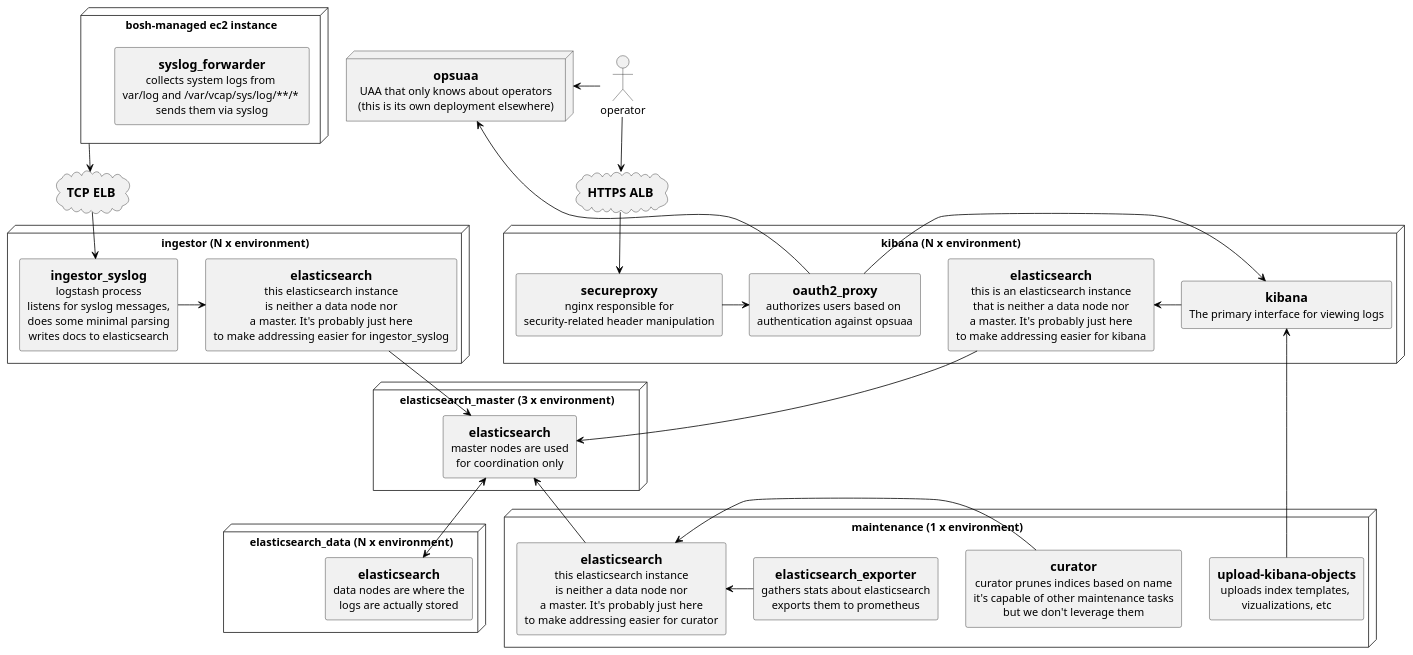
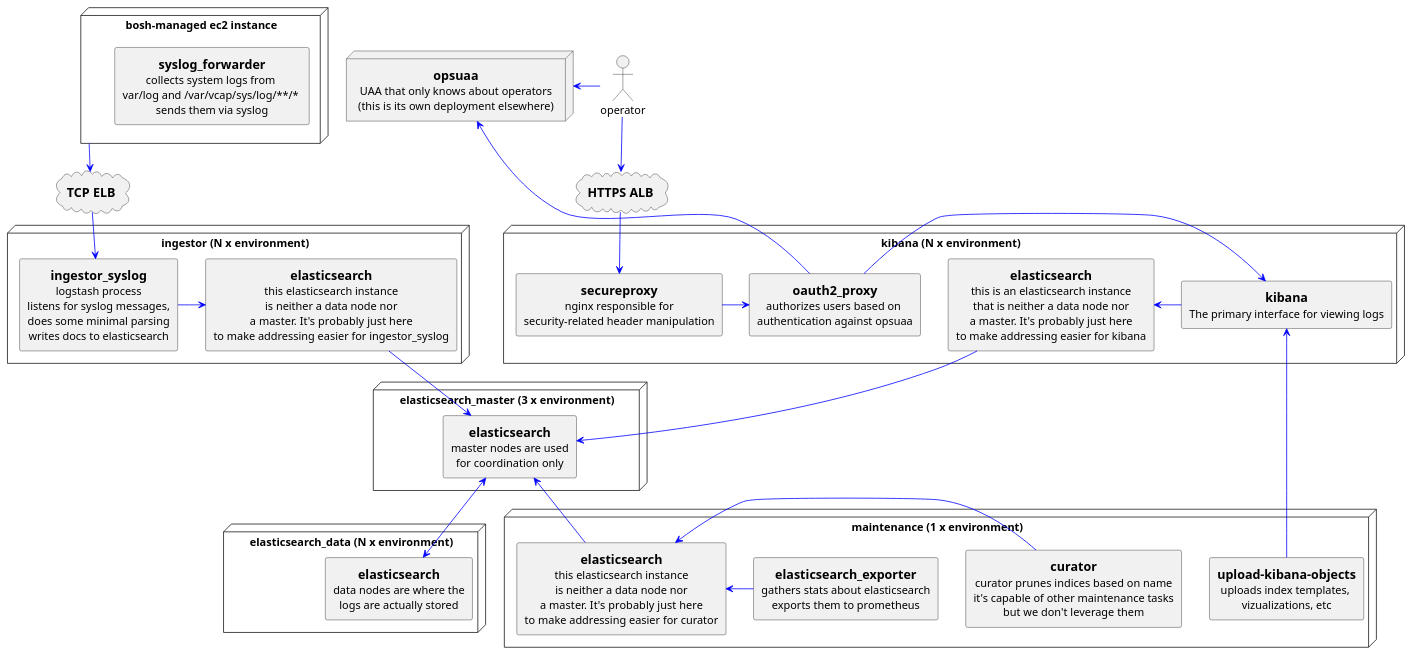
Before and after one commit to cloud-gov/deploy-logsearch: the diagram in docs/platform.puml, drawn with PlantUML. The commit also changed 1 other file, not shown here.

Commit message:
make arrow colors more unique on diagrams

```diff
--- a/docs/platform.puml
+++ b/docs/platform.puml
@@ -1,137 +1,137 @@
 @startuml platform
 skinparam DefaultTextAlignment center
-skinparam ArrowColor black
+skinparam ArrowColor blue
 skinparam ComponentStyle uml1
 
 actor operator
 
 cloud ALB [
     ==HTTPS ALB
 ]
 
 
 node "kibana (N x environment)" as kibana {
     agent oauth2proxy [
         ==oauth2_proxy
         authorizes users based on 
         authentication against opsuaa
     ]
     agent secureproxy [
         ==secureproxy
         nginx responsible for
         security-related header manipulation
     ]
     agent kbn [
         ==kibana
         The primary interface for viewing logs
     ]
     agent es_k [
         ==elasticsearch
         this is an elasticsearch instance
         that is neither a data node nor
         a master. It's probably just here
         to make addressing easier for kibana
     ]
     secureproxy -right-> oauth2proxy
     oauth2proxy -right-> kbn
     kbn -right-> es_k
 }
 
 node opsuaa [
     ==opsuaa
     UAA that only knows about operators
     (this is its own deployment elsewhere)
 ]
 
 node "bosh-managed ec2 instance" as ec2 {
     agent syslog_forwarder [
         ==syslog_forwarder
         collects system logs from 
         var/log and /var/vcap/sys/log/**/* 
         sends them via syslog
     ]
 }
 
 cloud ELB [
     ==TCP ELB
 ]
 
 node "ingestor (N x environment)" as ingestor {
 
     agent ingestor_syslog [
         ==ingestor_syslog
         logstash process
         listens for syslog messages,
         does some minimal parsing
         writes docs to elasticsearch
     ]
     agent es_i [
         ==elasticsearch
         this elasticsearch instance
         is neither a data node nor
         a master. It's probably just here
         to make addressing easier for ingestor_syslog
     ]
     ingestor_syslog -> es_i
 }
 
 node "elasticsearch_master (3 x environment)" as elasticsearch_master {
     agent es_em [
         ==elasticsearch
         master nodes are used
         for coordination only
     ]
 }
 
 node "elasticsearch_data (N x environment)" as elasticsearch_data {
     agent es_ed [
         ==elasticsearch
         data nodes are where the
         logs are actually stored
     ]
 }
 
 
 node "maintenance (1 x environment)" as maintenance {
     agent curator [
         ==curator
         curator prunes indices based on name
         it's capable of other maintenance tasks
         but we don't leverage them
     ]
     agent elasticsearch_exporter [
         ==elasticsearch_exporter
         gathers stats about elasticsearch
         exports them to prometheus
     ]
     agent kibana_objects [
         ==upload-kibana-objects
         uploads index templates, 
         vizualizations, etc
     ]
     agent es_m [
         ==elasticsearch
         this elasticsearch instance
         is neither a data node nor
         a master. It's probably just here
         to make addressing easier for curator
     ]
     curator -> es_m
     kibana_objects -u-> kbn
     elasticsearch_exporter -r-> es_m
 }
 
 operator -down-> ALB
 operator -[norank]> opsuaa
 ALB -down-> secureproxy
 ec2 -down-> ELB
 es_k -down-> es_em
 es_i -down-> es_em
 es_m -up-> es_em
 es_em <-down-> es_ed
 ELB -down-> ingestor_syslog
 oauth2proxy -[norank]> opsuaa
 
 
 
 @enduml
```
